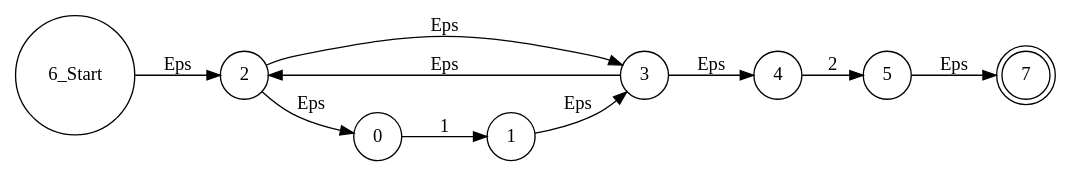
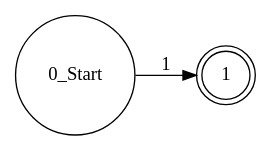
One commit to vnmsklnk/Interpreter-RegEx changed the diagram in src/Interpreter/data/AstToDotB.dot. Above: the diagram before and after it, drawn with Graphviz. The commit also changed 9 other files, not shown here.

```diff
--- a/src/Interpreter/data/AstToDotB.dot
+++ b/src/Interpreter/data/AstToDotB.dot
@@ -1,25 +1,9 @@
 digraph nfa
 {
 rankdir = LR
 node [shape = circle];
-6[shape = circle, label = "6_Start"]
+0[shape = circle, label = "0_Start"]
 0 -> 1 [label = "1"]
 
-1 -> 3 [label = "Eps"]
-
-2 -> 0 [label = "Eps"]
-
-2 -> 3 [label = "Eps"]
-
-3 -> 2 [label = "Eps"]
-
-3 -> 4 [label = "Eps"]
-
-6 -> 2 [label = "Eps"]
-
-4 -> 5 [label = "2"]
-
-5 -> 7 [label = "Eps"]
-
-7[shape = doublecircle]
+1[shape = doublecircle]
 }
```
